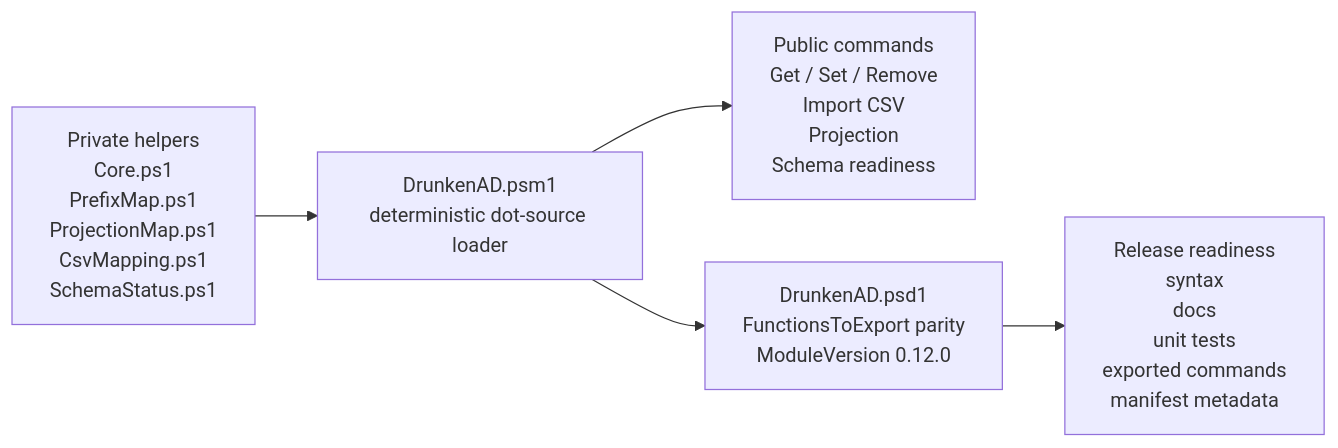
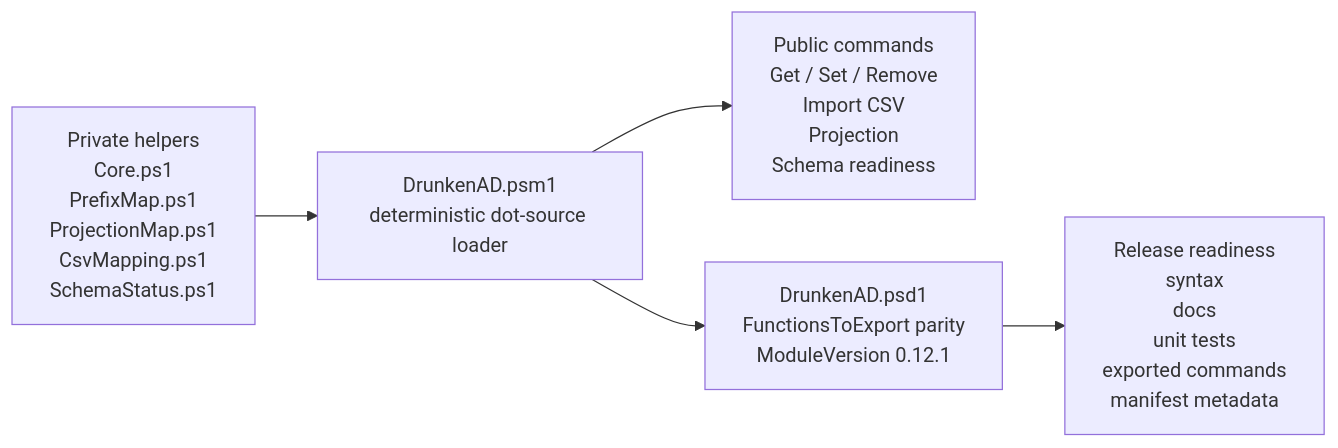
The first of 8 diagrams in docs/DIAGRAMS.md (jonathanweinberg/DrunkenAD), drawn with Mermaid before and after one commit. The commit also changed 5 other files, not shown here.

````diff
--- a/docs/DIAGRAMS.md
+++ b/docs/DIAGRAMS.md
@@ -21,13 +21,13 @@
 ```mermaid
 flowchart LR
     PRIVATE["Private helpers<br/>Core.ps1<br/>PrefixMap.ps1<br/>ProjectionMap.ps1<br/>CsvMapping.ps1<br/>SchemaStatus.ps1"]
     ROOT["DrunkenAD.psm1<br/>deterministic dot-source loader"]
     PUBLIC["Public commands<br/>Get / Set / Remove<br/>Import CSV<br/>Projection<br/>Schema readiness"]
-    MANIFEST["DrunkenAD.psd1<br/>FunctionsToExport parity<br/>ModuleVersion 0.12.0"]
+    MANIFEST["DrunkenAD.psd1<br/>FunctionsToExport parity<br/>ModuleVersion 0.12.1"]
     RELEASE["Release readiness<br/>syntax<br/>docs<br/>unit tests<br/>exported commands<br/>manifest metadata"]
 
     PRIVATE --> ROOT
     ROOT --> PUBLIC
     ROOT --> MANIFEST
     MANIFEST --> RELEASE
 ```
````
